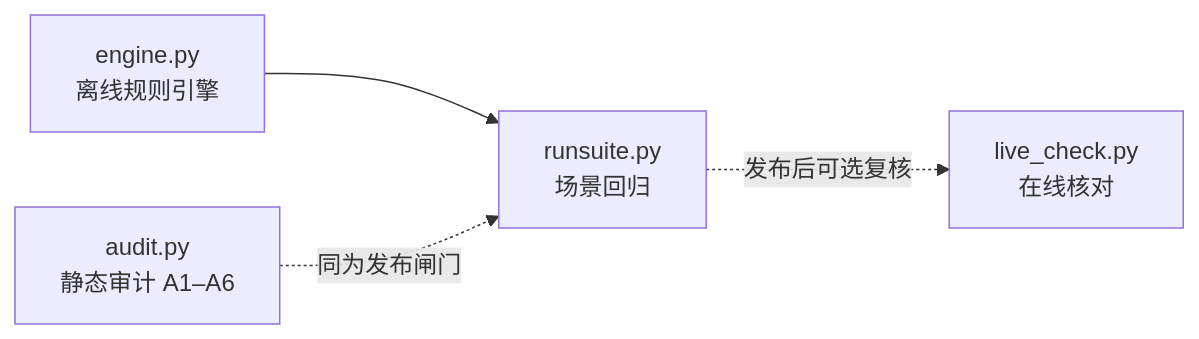
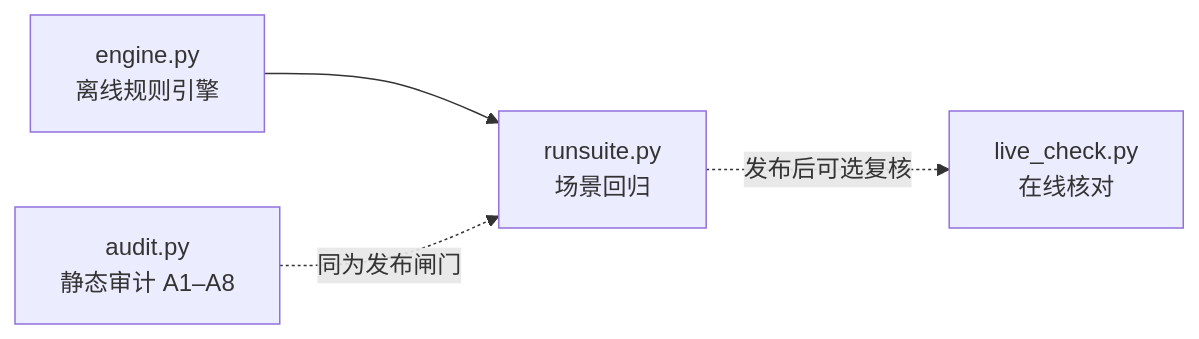
One commit to yhyfhgs/surge-rules changed the third of 3 diagrams in docs/ARCHITECTURE.md. Above: the diagram before and after it, drawn with Mermaid. The commit also changed other lines of this file and 61 other files, not shown here.

Commit message:
审计整改两轮：发布链三态化+A8 forbidden 门禁(126 模式)；关键词 104→8(上游对撞恢复精确资产约 400 条)；DownloadCDN 多租户宽后缀/SaaS 组件止血；ChinaIP 等价折叠 22417→11090；共享云段与归属修正(Cursor→AI 等)；runsuite schema 严格化+surge2clash 事务式；147 场景/1731 断言全绿——详见 CHANGELOG 2026-08-31

````diff
--- a/docs/ARCHITECTURE.md
+++ b/docs/ARCHITECTURE.md
@@ -235,10 +238,10 @@
 ```mermaid
 flowchart LR
     E["engine.py<br/>离线规则引擎"]
-    A["audit.py<br/>静态审计 A1–A6"]
+    A["audit.py<br/>静态审计 A1–A8"]
     R["runsuite.py<br/>场景回归"]
     LC["live_check.py<br/>在线核对"]
     E --> R
     A -.->|同为发布闸门| R
     R -.->|发布后可选复核| LC
 ```
````
